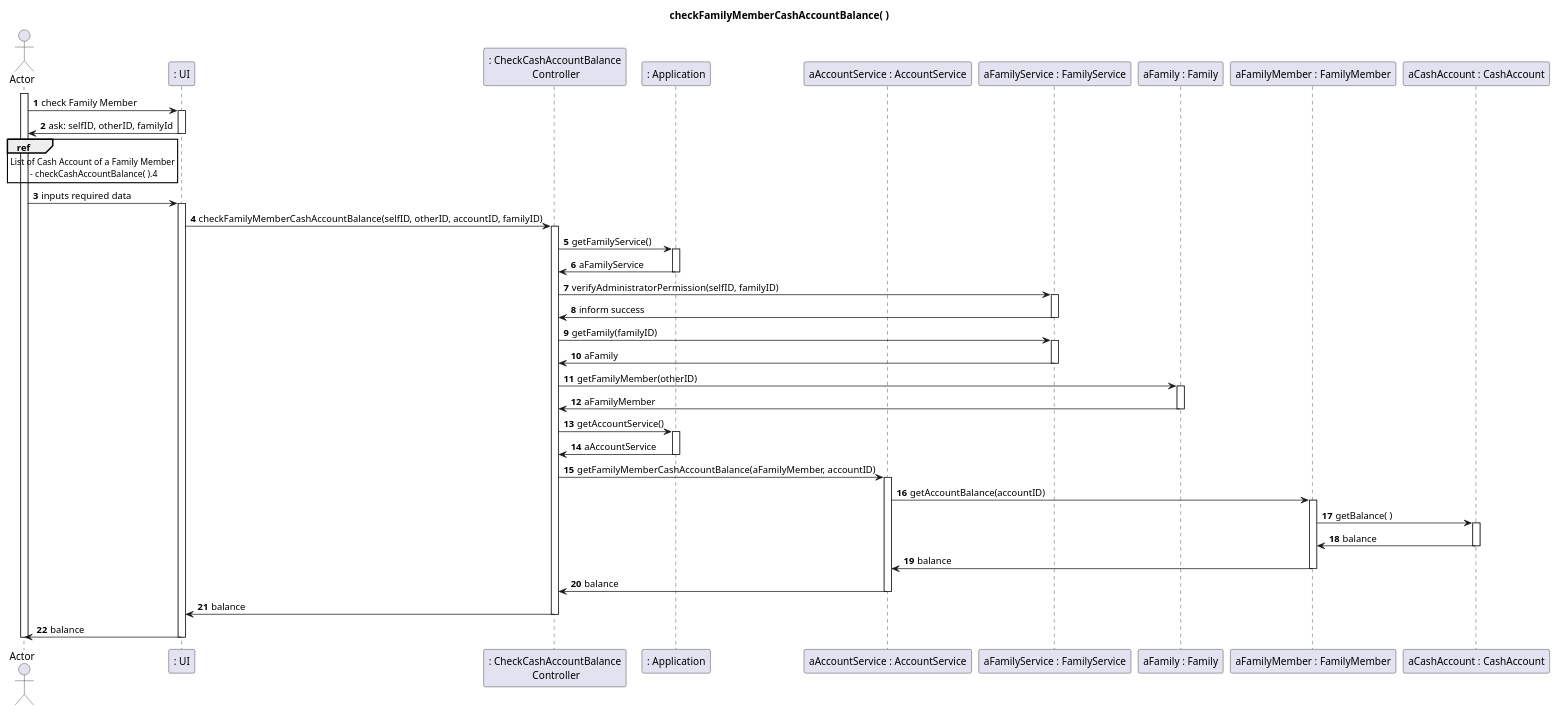
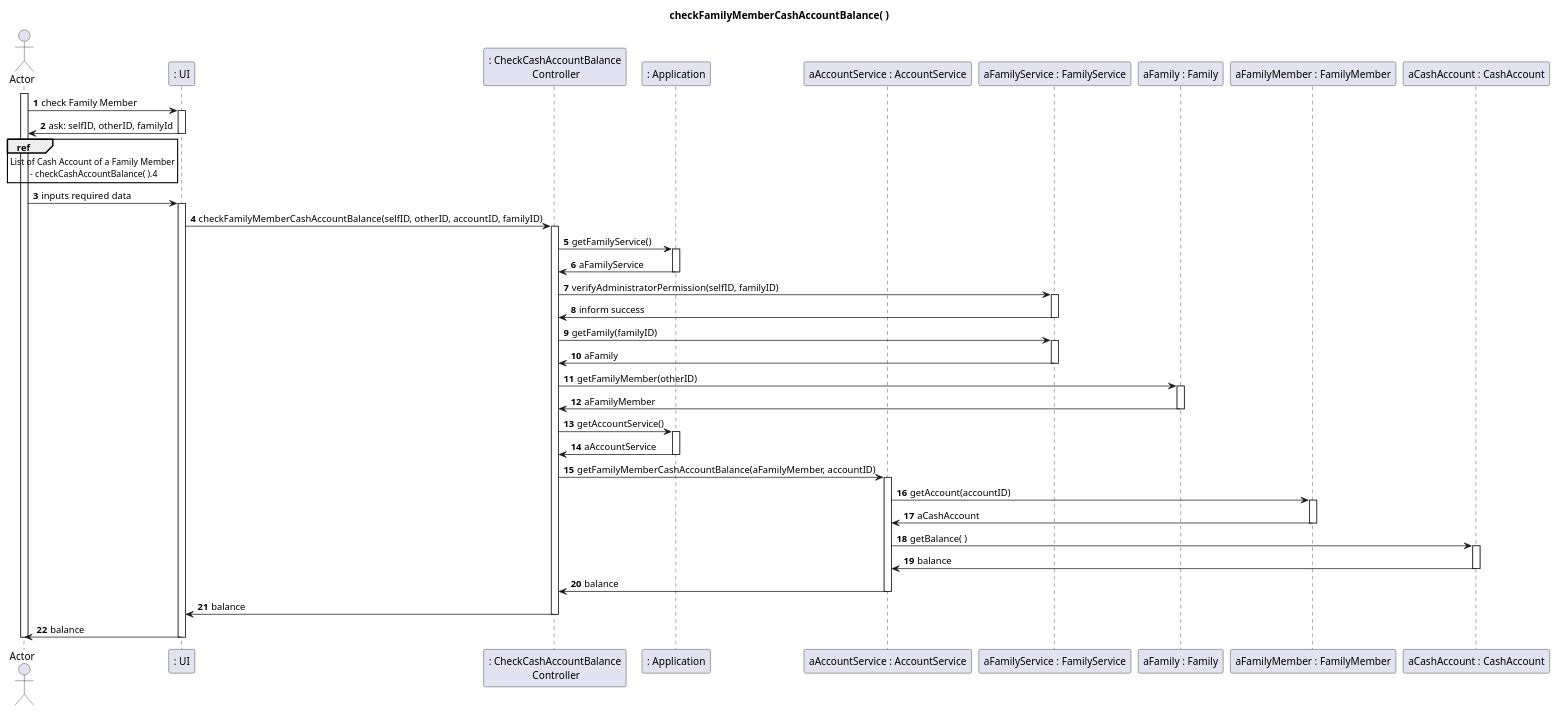
One commit to tomas-osswald/switch_2020_g3 changed the fifth of 6 diagrams in docs/sprint2/user_stories/US135_CheckFamilyOrFamilyMemberCashAccountBalance.md. Above: the diagram before and after it, drawn with PlantUML.

Commit message:
changes in SD, getAccount to AccounService and then getBalance of that Cash Account

````diff
--- a/docs/sprint2/user_stories/US135_CheckFamilyOrFamilyMemberCashAccountBalance.md
+++ b/docs/sprint2/user_stories/US135_CheckFamilyOrFamilyMemberCashAccountBalance.md
@@ -191,74 +191,73 @@
 ```puml
 autonumber 1
 title checkFamilyMemberCashAccountBalance( )
 actor "Actor" as actor
 participant ": UI" as UI
 participant ": CheckCashAccountBalance\n Controller" as controller
 participant ": Application" as app
 participant "aAccountService : AccountService" as aserv
 participant "aFamilyService : FamilyService" as fserv
 participant "aFamily : Family" as family
 participant "aFamilyMember : FamilyMember" as familyMember
 participant "aCashAccount : CashAccount" as cash
 
 activate actor
 actor -> UI : check Family Member
 activate UI
 UI -> actor : ask: selfID, otherID, familyId
 deactivate UI
 
 ref over actor : List of Cash Account of a Family Member\n - checkCashAccountBalance( ).4
 
 actor -> UI : inputs required data
 activate UI
 UI -> controller : checkFamilyMemberCashAccountBalance(selfID, otherID, accountID, familyID)
 
 activate controller
 controller -> app : getFamilyService()
 activate app
 app -> controller : aFamilyService
 deactivate app
 
 controller -> fserv : verifyAdministratorPermission(selfID, familyID)
 activate fserv
 fserv -> controller : inform success
 deactivate fserv
 
 controller -> fserv : getFamily(familyID)
 activate fserv
 fserv -> controller : aFamily
 deactivate fserv
 
 controller -> family : getFamilyMember(otherID)
 activate family
 family -> controller : aFamilyMember
 deactivate family
 
 controller -> app : getAccountService()
 activate app
 controller <- app : aAccountService
 deactivate app
 
 controller -> aserv : getFamilyMemberCashAccountBalance(aFamilyMember, accountID)
 activate aserv
-aserv -> familyMember : getAccountBalance(accountID)
+aserv -> familyMember : getAccount(accountID)
+activate familyMember
+familyMember -> aserv : aCashAccount
+deactivate familyMember
 
-activate familyMember
-familyMember -> cash : getBalance( )
+aserv -> cash : getBalance( )
 activate cash
-cash -> familyMember : balance
+cash -> aserv : balance
 deactivate cash
 
-familyMember -> aserv : balance
-deactivate familyMember
-deactivate familyMember
 aserv -> controller : balance
 deactivate aserv
 
 controller -> UI : balance
 deactivate controller
 
 UI -> actor : balance
 deactivate UI
 deactivate actor
 ```
````
